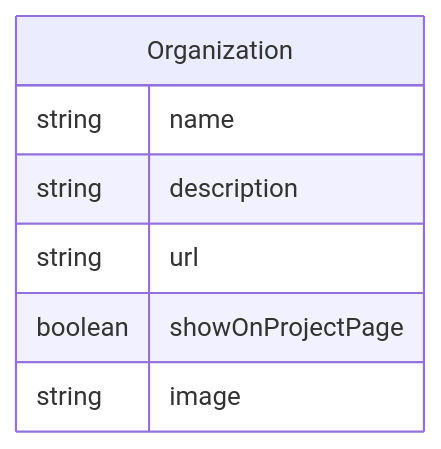
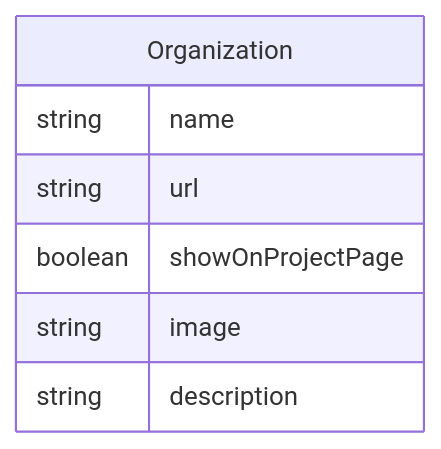
One commit to regen-network/regen-data-standards changed the diagram in schema/generated/Organization.md. Above: the diagram before and after it, drawn with Mermaid. The commit also changed other lines of this file and 94 other files, not shown here.

````diff
--- a/schema/generated/Organization.md
+++ b/schema/generated/Organization.md
@@ -11,13 +11,13 @@
 ```mermaid
 erDiagram
 Organization {
     string name  
-    string description  
     string url  
     boolean showOnProjectPage  
     string image  
+    string description  
 }
 
 
 
 ```
````
